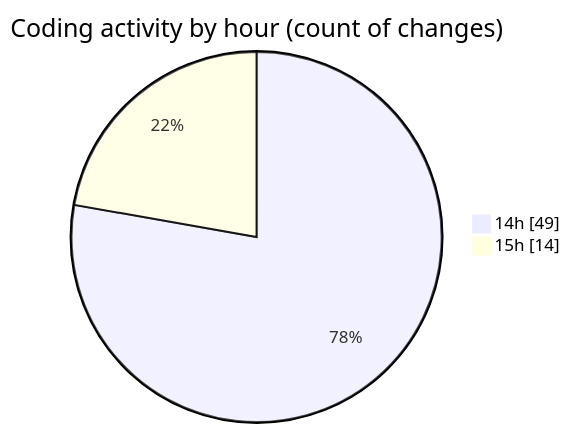
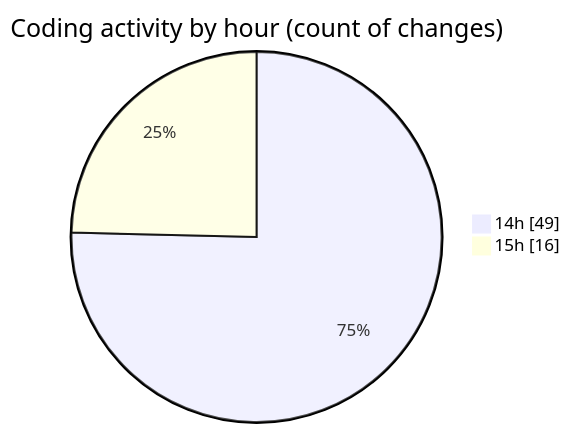
The second of 2 diagrams in 2025-02-27/audiobooks-web/README.md (robertbonfada/code-tracking), drawn with Mermaid before and after one commit. The commit also changed other lines of this file and 1 other file, not shown here.

````diff
--- a/2025-02-27/audiobooks-web/README.md
+++ b/2025-02-27/audiobooks-web/README.md
@@ -40,6 +42,6 @@
 ```mermaid
 pie showData
 title Coding activity by hour (count of changes)
 "14h" : 49
-"15h" : 14
+"15h" : 16
 ```
````
